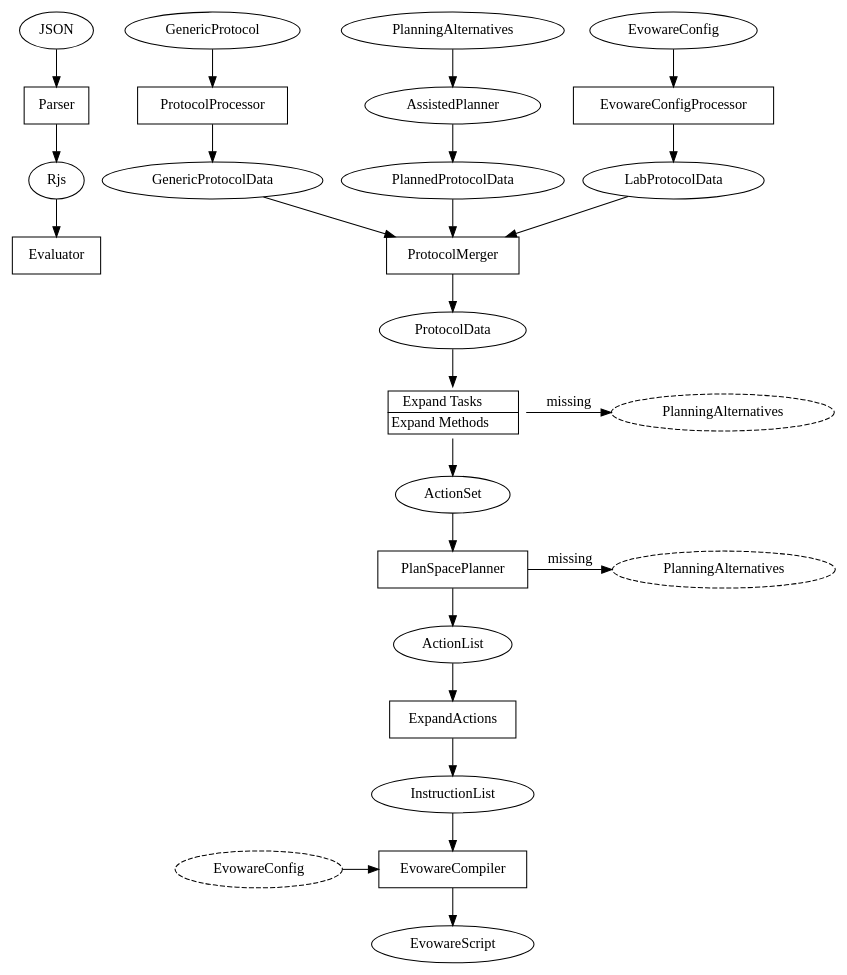
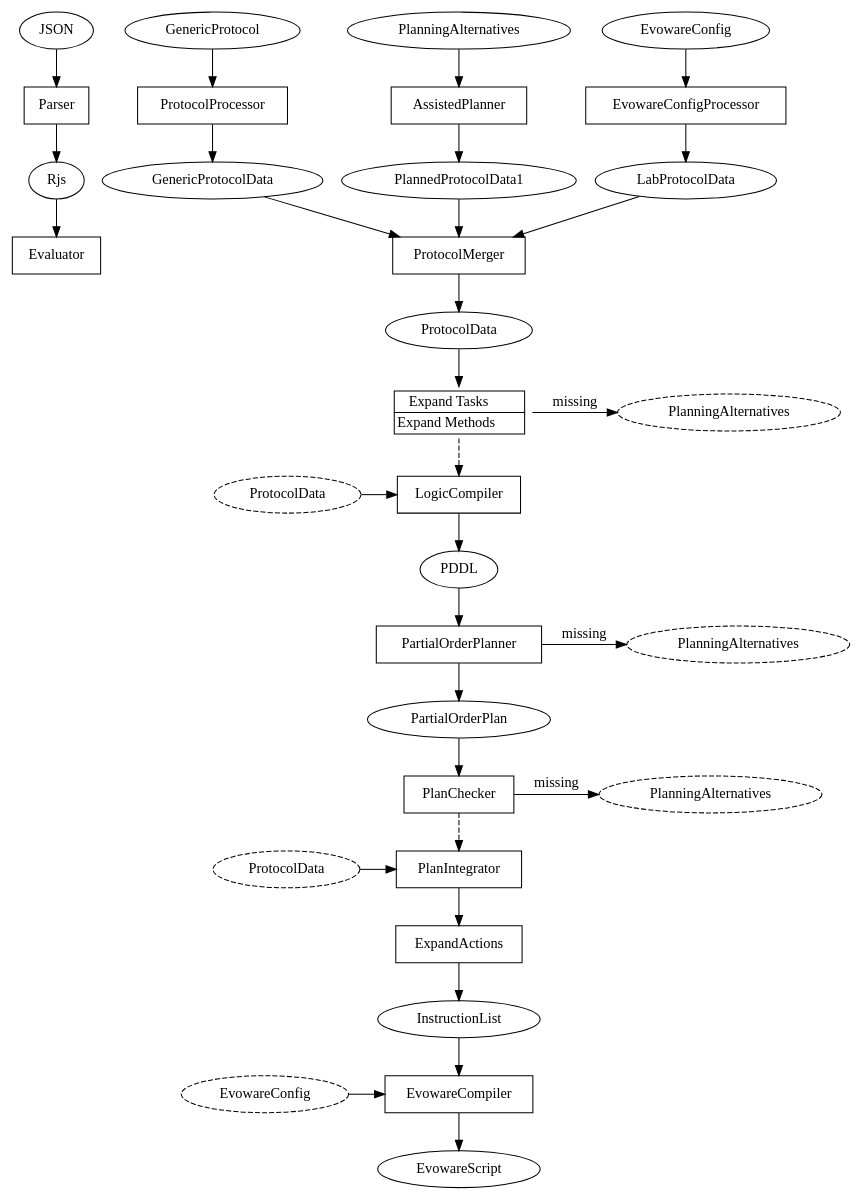
The diagram in doc/architecture.dot (ellis/roboliq), drawn with Graphviz before and after one commit.

Commit message:
architecture

```diff
--- a/doc/architecture.dot
+++ b/doc/architecture.dot
@@ -1,39 +1,57 @@
 digraph Roboliq {
 	Parser [ shape="box" ];
 	Evaluator [ shape="box" ];
 
 	EvowareConfigProcessor [ shape="box" ];
 	ProtocolProcessor [ shape="box" ];
+	AssistedPlanner [ shape="box" ];
 	ProtocolMerger [ shape="box" ];
 	ExpandCommands [
 		shape = none
 		label = <<table border="0" cellspacing="0">
 					<tr><td port="port1" border="1">Expand Tasks</td></tr>
 					<tr><td port="port2" border="1">Expand Methods</td></tr>
 				</table>>
 	]
-	PlanSpacePlanner [ shape="box" ];
+	LogicCompiler [ shape="box" ];
+	PartialOrderPlanner [ shape="box" ];
+	PlanChecker [ shape="box" ];
+	PlanIntegrator [ shape="box" ];
 	ExpandActions [ shape="box" ];
 	EvowareCompiler [ shape="box" ];
 
 	Alternatives1 [ label="PlanningAlternatives", style="dashed" ];
 	Alternatives2 [ label="PlanningAlternatives", style="dashed" ];
+	Alternatives3 [ label="PlanningAlternatives", style="dashed" ];
+	ProtocolData1 [ label="ProtocolData", style="dashed" ];
+	ProtocolData2 [ label="ProtocolData", style="dashed" ];
 	EvowareConfig2 [ label="EvowareConfig", style="dashed" ];
 
 	JSON -> Parser -> Rjs -> Evaluator;
 
 	EvowareConfig -> EvowareConfigProcessor -> LabProtocolData -> ProtocolMerger;
 	GenericProtocol -> ProtocolProcessor -> GenericProtocolData -> ProtocolMerger;
-	PlanningAlternatives -> AssistedPlanner -> PlannedProtocolData -> ProtocolMerger;
+	PlanningAlternatives -> AssistedPlanner -> PlannedProtocolData1 -> ProtocolMerger;
 
-	ProtocolMerger -> ProtocolData -> ExpandCommands -> ActionSet -> PlanSpacePlanner -> ActionList -> ExpandActions ->
+	ProtocolMerger -> ProtocolData -> ExpandCommands;
+	ExpandCommands -> LogicCompiler [ style="dashed" ];
+	LogicCompiler -> PDDL -> PartialOrderPlanner -> PartialOrderPlan -> PlanChecker;
+	PlanChecker -> PlanIntegrator [ style="dashed" ];
+	PlanIntegrator ->
+	ExpandActions ->
 		InstructionList -> EvowareCompiler -> EvowareScript;
 	
 	EvowareConfig2 -> EvowareCompiler;
 	ExpandCommands -> Alternatives1 [ label=" missing " ];
-	PlanSpacePlanner -> Alternatives2 [ label=" missing " ];
+	ProtocolData1 -> LogicCompiler;
+	ProtocolData2 -> PlanIntegrator;
+	PartialOrderPlanner -> Alternatives2 [ label=" missing " ];
+	PlanChecker -> Alternatives3 [ label=" missing " ];
 
 	{ rank=same ExpandCommands Alternatives1 };
-	{ rank=same PlanSpacePlanner Alternatives2 };
+	{ rank=same ProtocolData1 LogicCompiler };
+	{ rank=same ProtocolData2 PlanIntegrator };
+	{ rank=same PartialOrderPlanner Alternatives2 };
+	{ rank=same PlanChecker Alternatives3 };
 	{ rank=same EvowareCompiler EvowareConfig2 };
 }
```
